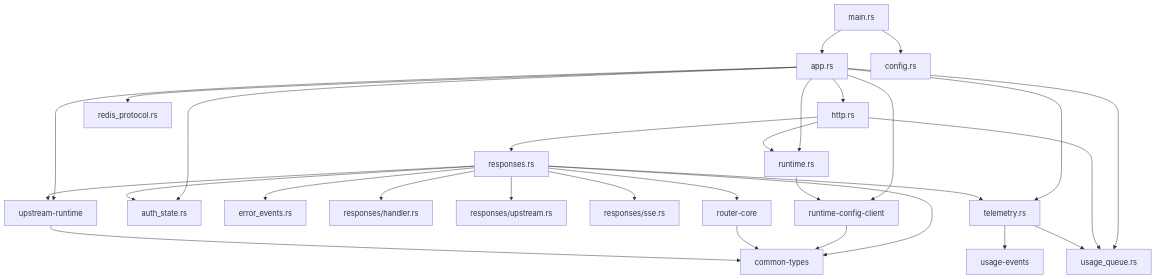
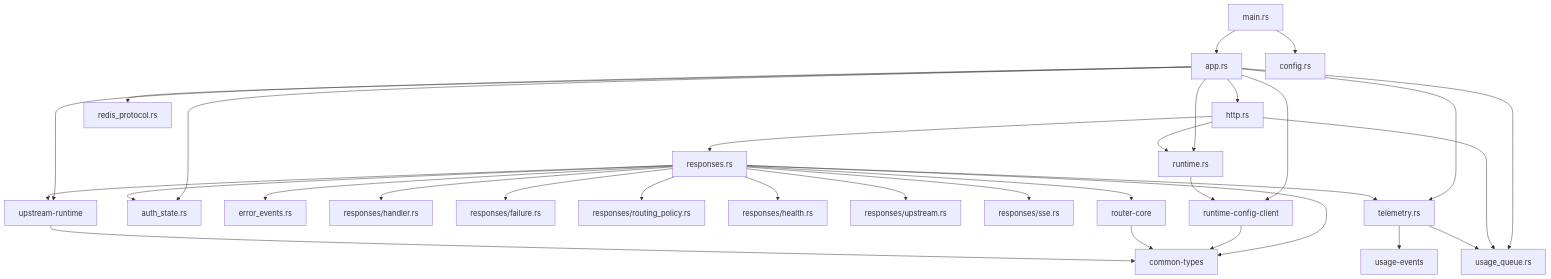
One commit to howard12358/OXCLIProxyAPI changed the second of 7 diagrams in rust/cliproxy-data-plane/docs/current/当前架构说明.md. Above: the diagram before and after it, drawn with Mermaid. The commit also changed other lines of this file and 8 other files, not shown here.

````diff
--- a/rust/cliproxy-data-plane/docs/current/当前架构说明.md
+++ b/rust/cliproxy-data-plane/docs/current/当前架构说明.md
@@ -62,51 +62,57 @@
 ```mermaid
 flowchart TD
     Main[main.rs]
     App[app.rs]
     Config[config.rs]
     Runtime[runtime.rs]
     Http[http.rs]
     Telemetry[telemetry.rs]
     UsageQueue[usage_queue.rs]
     AuthState[auth_state.rs]
     ErrorEvents[error_events.rs]
     RedisProtocol[redis_protocol.rs]
     Responses[responses.rs]
     ResponsesHandler[responses/handler.rs]
+    ResponsesFailure[responses/failure.rs]
+    ResponsesRouting[responses/routing_policy.rs]
+    ResponsesHealth[responses/health.rs]
     ResponsesUpstream[responses/upstream.rs]
     ResponsesSse[responses/sse.rs]
     RCC[runtime-config-client]
     RouterCore[router-core]
     UpstreamRuntime[upstream-runtime]
     UsageEvents[usage-events]
     Common[common-types]
 
     Main --> Config
     Main --> App
     App --> Runtime
     App --> RCC
     App --> UpstreamRuntime
     App --> Http
     App --> Telemetry
     App --> UsageQueue
     App --> AuthState
     App --> RedisProtocol
     Http --> Responses
     Http --> Runtime
     Http --> UsageQueue
     Responses --> Telemetry
     Responses --> AuthState
     Responses --> ErrorEvents
     Responses --> RouterCore
     Responses --> UpstreamRuntime
     Responses --> Common
     Responses --> ResponsesHandler
+    Responses --> ResponsesFailure
+    Responses --> ResponsesRouting
+    Responses --> ResponsesHealth
     Responses --> ResponsesUpstream
     Responses --> ResponsesSse
     Telemetry --> UsageEvents
     Telemetry --> UsageQueue
     Runtime --> RCC
     RCC --> Common
     RouterCore --> Common
     UpstreamRuntime --> Common
 ```
````
